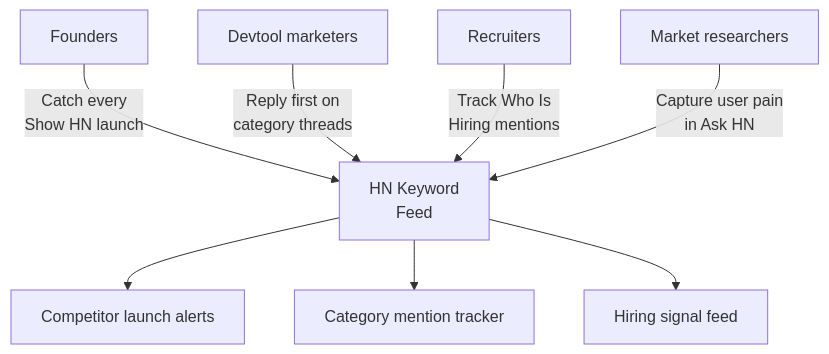
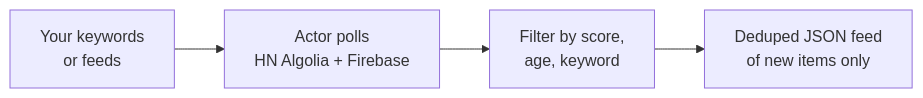
Before and after one commit to Ken-Mutisya/scrapemint: the first of 3 diagrams in actors/hn-lead-monitor/README.md, drawn with Mermaid. The commit also changed other lines of this file and 3 other files, not shown here.

````diff
--- a/actors/hn-lead-monitor/README.md
+++ b/actors/hn-lead-monitor/README.md
@@ -11,10 +11,6 @@
 ```mermaid
-flowchart TD
-    A[Founders] -->|Catch every<br/>Show HN launch| D[HN Keyword<br/>Feed]
-    B[Devtool marketers] -->|Reply first on<br/>category threads| D
-    C[Recruiters] -->|Track Who Is<br/>Hiring mentions| D
-    E[Market researchers] -->|Capture user pain<br/>in Ask HN| D
-    D --> F[Competitor launch alerts]
-    D --> G[Category mention tracker]
-    D --> H[Hiring signal feed]
+flowchart LR
+    A[Your keywords<br/>or feeds] --> B[Actor polls<br/>HN Algolia + Firebase]
+    B --> C[Filter by score,<br/>age, keyword]
+    C --> D[Deduped JSON feed<br/>of new items only]
 ```
````
